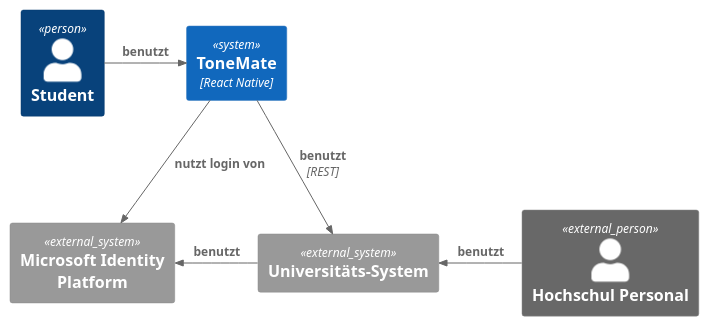
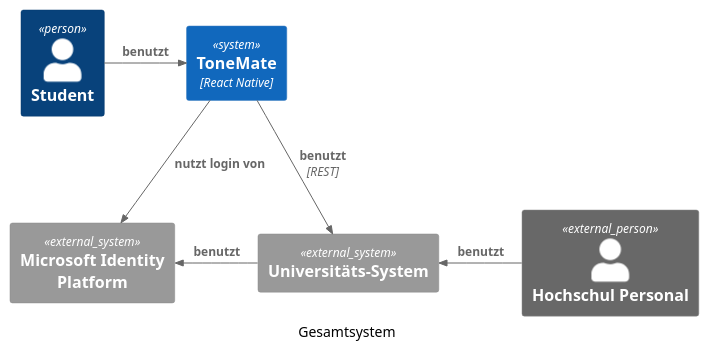
Before and after one commit to BB223/sw-architecture: the first of 5 diagrams in src/05_building_block_view.adoc, drawn with PlantUML. The commit also changed other lines of this file, not shown here.

```diff
--- a/src/05_building_block_view.adoc
+++ b/src/05_building_block_view.adoc
@@ -35,21 +35,23 @@
 [plantuml]
 ....
 @startuml
 !include <C4/C4_Context>
+
+caption Gesamtsystem
 
 Person(student, "Student")
 Person_Ext(personal, "Hochschul Personal")
 
 System(toneMate, "ToneMate", $type="React Native")
 System_Ext(oauth, "Microsoft Identity Platform")
 System_Ext(uni, "Universitäts-System")
 
 Rel_D(toneMate, uni, "benutzt", "REST")
 Rel_L(uni, oauth, "benutzt")
 Rel_D(toneMate, oauth, "nutzt login von")
 
 Rel_R(student, toneMate, "benutzt")
 Rel_L(personal, uni, "benutzt")
 
 @enduml
 ....
```
